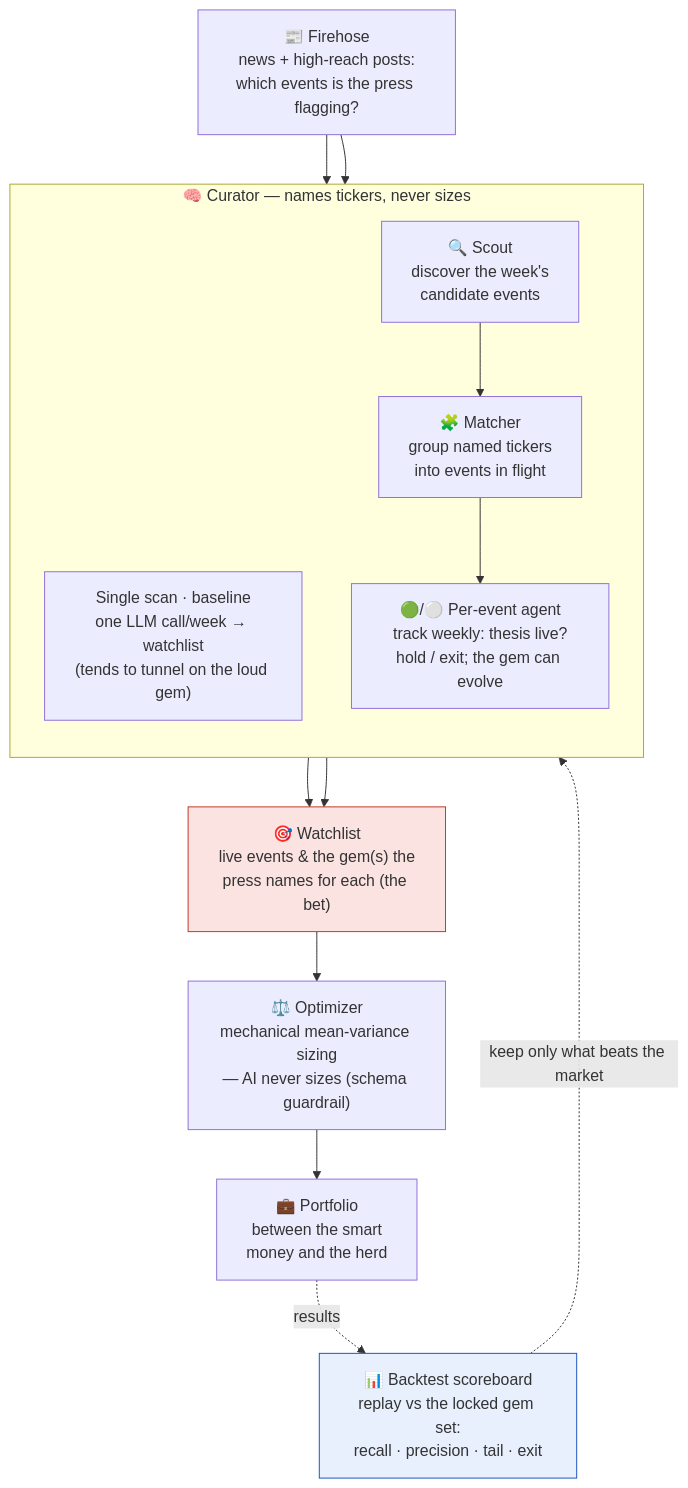
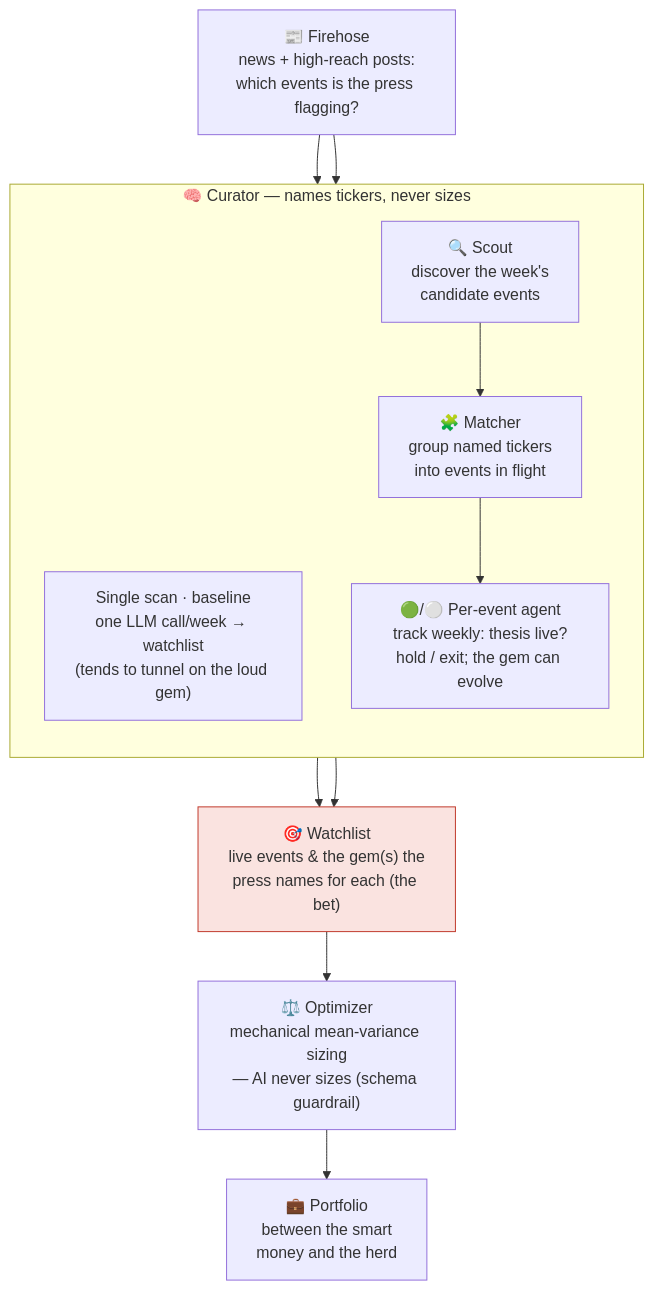
Before and after one commit to joehahn/geo-herd-rider: the diagram in README.md, drawn with Mermaid. The commit also changed other lines of this file, not shown here.

First line of the commit message:
README: drop the Backtest scoreboard box from the diagram

````diff
--- a/README.md
+++ b/README.md
@@ -22,31 +22,26 @@
 ```mermaid
 flowchart TD
     S["📰 Firehose<br/>news + high-reach posts:<br/>which events is the press flagging?"]
 
     subgraph CUR["🧠 Curator — names tickers, never sizes"]
       direction TB
       SS["Single scan · baseline<br/>one LLM call/week → watchlist<br/>(tends to tunnel on the loud gem)"]
       SC["🔍 Scout<br/>discover the week's<br/>candidate events"]
       MA["🧩 Matcher<br/>group named tickers<br/>into events in flight"]
       AG["🟢/⚪ Per-event agent<br/>track weekly: thesis live?<br/>hold / exit; the gem can evolve"]
       SC --> MA --> AG
     end
 
     E["🎯 Watchlist<br/>live events & the gem(s) the<br/>press names for each (the bet)"]
     W["⚖️ Optimizer<br/>mechanical mean-variance sizing<br/>— AI never sizes (schema guardrail)"]
     B["💼 Portfolio<br/>between the smart<br/>money and the herd"]
-    SB["📊 Backtest scoreboard<br/>replay vs the locked gem set:<br/>recall · precision · tail · exit"]
 
     S --> SS
     S --> SC
     SS --> E
     AG --> E
     E --> W --> B
-    B -. results .-> SB
-    SB -. keep only what beats the market .-> CUR
 
     classDef bet fill:#fae3e0,stroke:#c0392b;
-    classDef gate fill:#e8f0fe,stroke:#1a56c4;
     class E bet
-    class SB gate
 ```
````
